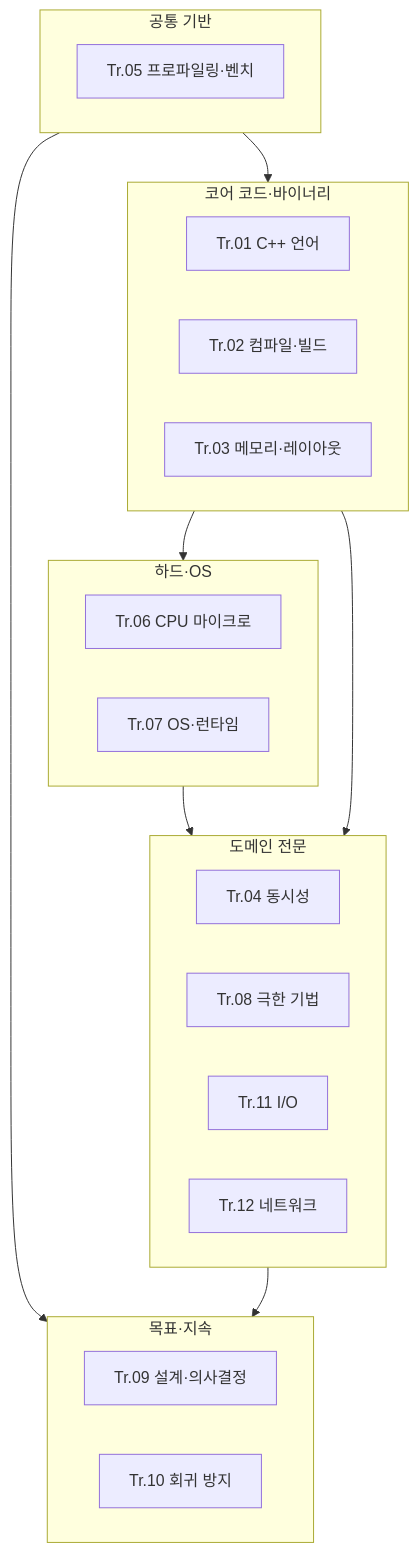
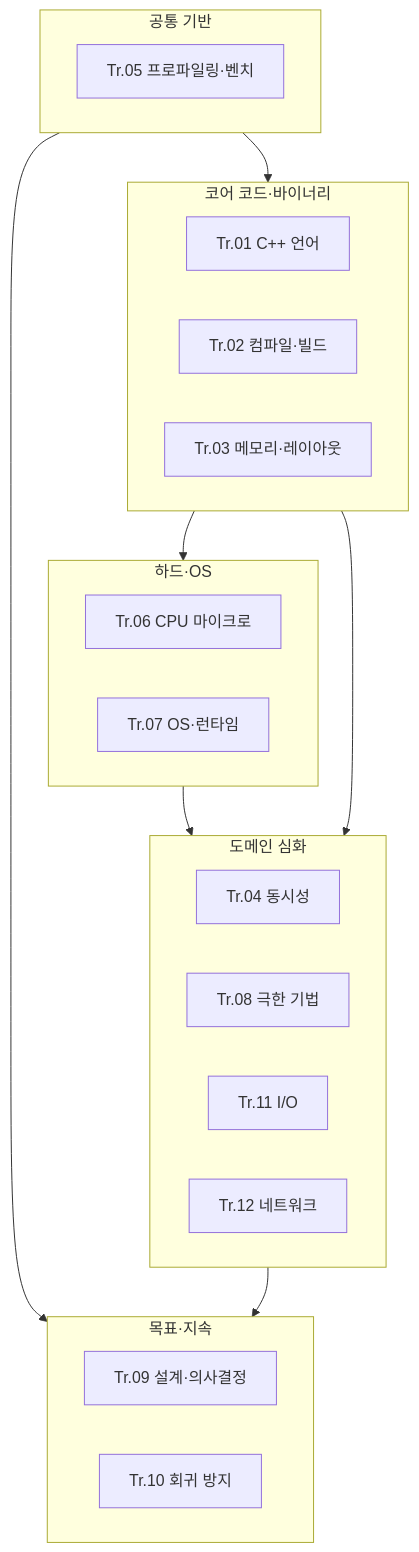
One commit to 42jerrykim/42jerrykim.github.io changed the diagram in content/collection/optimization-00-series-overview/00-introduction/index.md. Above: the diagram before and after it, drawn with Mermaid. The commit also changed other lines of this file and 12 other files, not shown here.

````diff
--- a/content/collection/optimization-00-series-overview/00-introduction/index.md
+++ b/content/collection/optimization-00-series-overview/00-introduction/index.md
@@ -126,31 +128,31 @@
 ```mermaid
 flowchart TB
   subgraph foundation [공통 기반]
     T05["Tr.05 프로파일링·벤치"]
   end
   subgraph core [코어 코드·바이너리]
     T01["Tr.01 C++ 언어"]
     T02["Tr.02 컴파일·빌드"]
     T03["Tr.03 메모리·레이아웃"]
   end
   subgraph systems [하드·OS]
     T06["Tr.06 CPU 마이크로"]
     T07["Tr.07 OS·런타임"]
   end
-  subgraph specialist [도메인 전문]
+  subgraph domainDepth [도메인 심화]
     T04["Tr.04 동시성"]
     T08["Tr.08 극한 기법"]
     T11["Tr.11 I/O"]
     T12["Tr.12 네트워크"]
   end
   subgraph governance [목표·지속]
     T09["Tr.09 설계·의사결정"]
     T10["Tr.10 회귀 방지"]
   end
   foundation --> core
   core --> systems
-  systems --> specialist
-  core --> specialist
+  systems --> domainDepth
+  core --> domainDepth
   foundation --> governance
-  specialist --> governance
+  domainDepth --> governance
 ```
````
